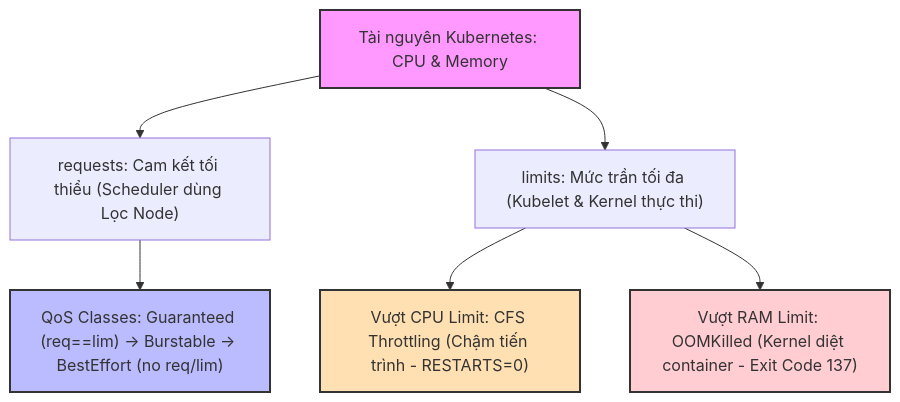
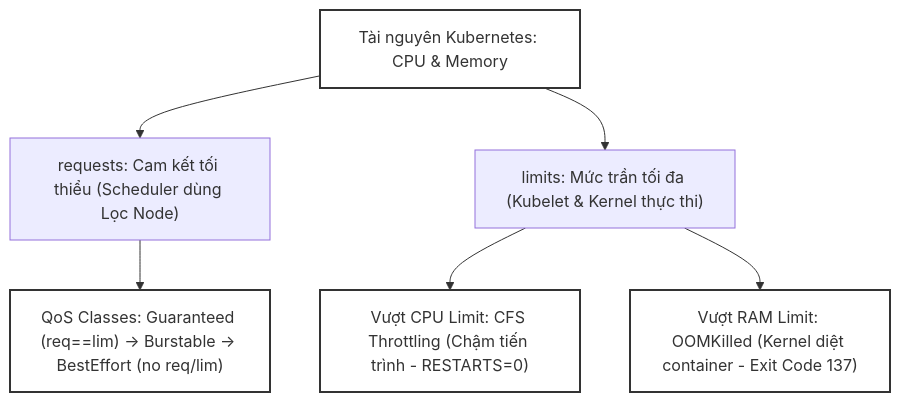
The second of 3 diagrams in _posts/2026-09-12-cka-18-18-tai-nguyen-qos-va-throttling.md (kiennt308/ntk), drawn with Mermaid before and after one commit. The commit also changed other lines of this file and 207 other files, not shown here.

Commit message:
feat(posts): batch standardize all 208 posts with TL;DR, qa-card accordion, fill:none mermaid, and liquid raw wrappers

````diff
--- a/_posts/2026-09-12-cka-18-18-tai-nguyen-qos-va-throttling.md
+++ b/_posts/2026-09-12-cka-18-18-tai-nguyen-qos-va-throttling.md
@@ -382,14 +386,14 @@
 ```mermaid
 graph TD
     A["Tài nguyên Kubernetes: CPU & Memory"] --> B["requests: Cam kết tối thiểu (Scheduler dùng Lọc Node)"]
     A --> C["limits: Mức trần tối đa (Kubelet & Kernel thực thi)"]
     
     B --> D["QoS Classes: Guaranteed (req==lim) -> Burstable -> BestEffort (no req/lim)"]
     C --> E["Vượt CPU Limit: CFS Throttling (Chậm tiến trình - RESTARTS=0)"]
     C --> F["Vượt RAM Limit: OOMKilled (Kernel diệt container - Exit Code 137)"]
 
-    style A fill:#f9f,stroke:#333,stroke-width:2px
-    style D fill:#bbf,stroke:#333,stroke-width:2px
-    style E fill:#ffe0b2,stroke:#333,stroke-width:2px
-    style F fill:#ffcdd2,stroke:#333,stroke-width:2px
+    style A fill:none,stroke:#333,stroke-width:2px
+    style D fill:none,stroke:#333,stroke-width:2px
+    style E fill:none,stroke:#333,stroke-width:2px
+    style F fill:none,stroke:#333,stroke-width:2px
 ```
````
